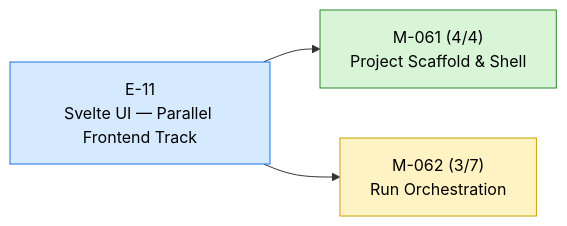
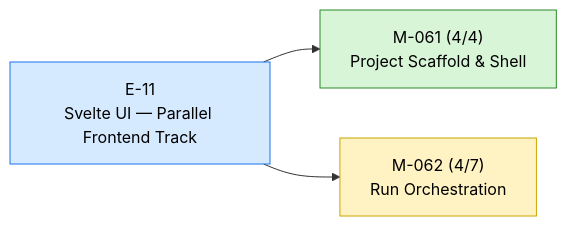
The diagram in STATUS.md (23min/FlowTime), drawn with Mermaid before and after one commit. The commit also changed other lines of this file and 1 other file, not shown here.

````diff
--- a/STATUS.md
+++ b/STATUS.md
@@ -12,14 +12,14 @@
 ```mermaid
 flowchart LR
   E_11["E-11<br/>Svelte UI — Parallel Frontend Track"]:::epic_active
   M_061["M-061 (4/4)<br/>Project Scaffold & Shell"]:::ms_done
   E_11 --> M_061
-  M_062["M-062 (3/7)<br/>Run Orchestration"]:::ms_in_progress
+  M_062["M-062 (4/7)<br/>Run Orchestration"]:::ms_in_progress
   E_11 --> M_062
   classDef epic_active fill:#d6eaff,stroke:#1a73e8,color:#000
   classDef epic_proposed fill:#f4f4f4,stroke:#888,color:#000
   classDef ms_done fill:#d8f5d8,stroke:#2a8a2a,color:#000
   classDef ms_in_progress fill:#fff3c4,stroke:#caa400,color:#000
   classDef ms_draft fill:#f4f4f4,stroke:#888,color:#000
   classDef ms_cancelled fill:#fbeaea,stroke:#c33,color:#000
 ```
````
